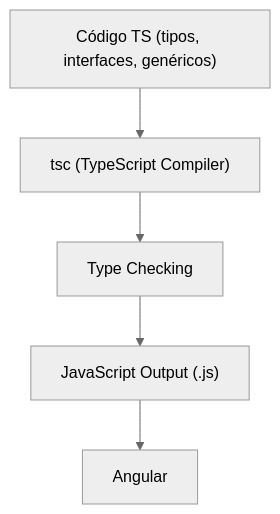
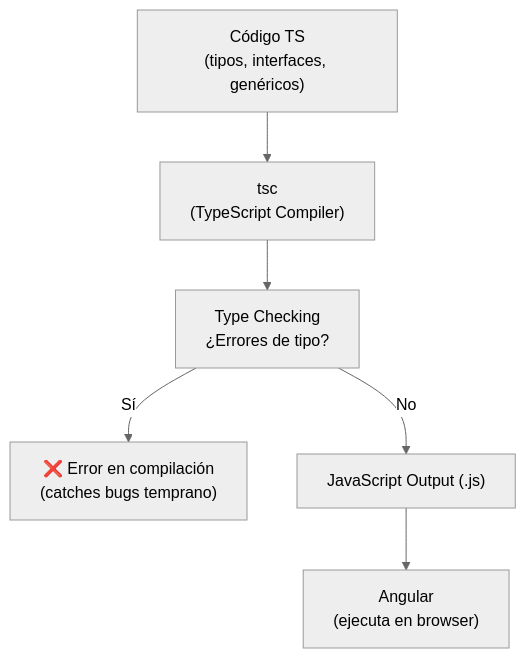
Before and after one commit to edgardo001/angular-mastery-roadmap: the diagram in 01-fundamentos-ts/README.md, drawn with Mermaid (neutral theme). The commit also changed other lines of this file and 3 other files, not shown here.

Commit message:
docs: actualizar README y ejercicios con explicaciones detalladas sobre conceptos de TypeScript en Angular

````diff
--- a/01-fundamentos-ts/README.md
+++ b/01-fundamentos-ts/README.md
@@ -14,7 +15,8 @@
 ```mermaid
 flowchart TB
-    SRC["Código TS (tipos, interfaces, genéricos)"] --> TSC["tsc (TypeScript Compiler)"]
-    TSC --> CHK["Type Checking"]
-    CHK --> JS["JavaScript Output (.js)"]
-    JS --> ANG["Angular"]
+    SRC["Código TS\n(tipos, interfaces, genéricos)"] --> TSC["tsc\n(TypeScript Compiler)"]
+    TSC --> CHK["Type Checking\n ¿Errores de tipo?"]
+    CHK -- Sí --> ERR["❌ Error en compilación\n(catches bugs temprano)"]
+    CHK -- No --> JS["JavaScript Output (.js)"]
+    JS --> ANG["Angular\n(ejecuta en browser)"]
 ```
````
